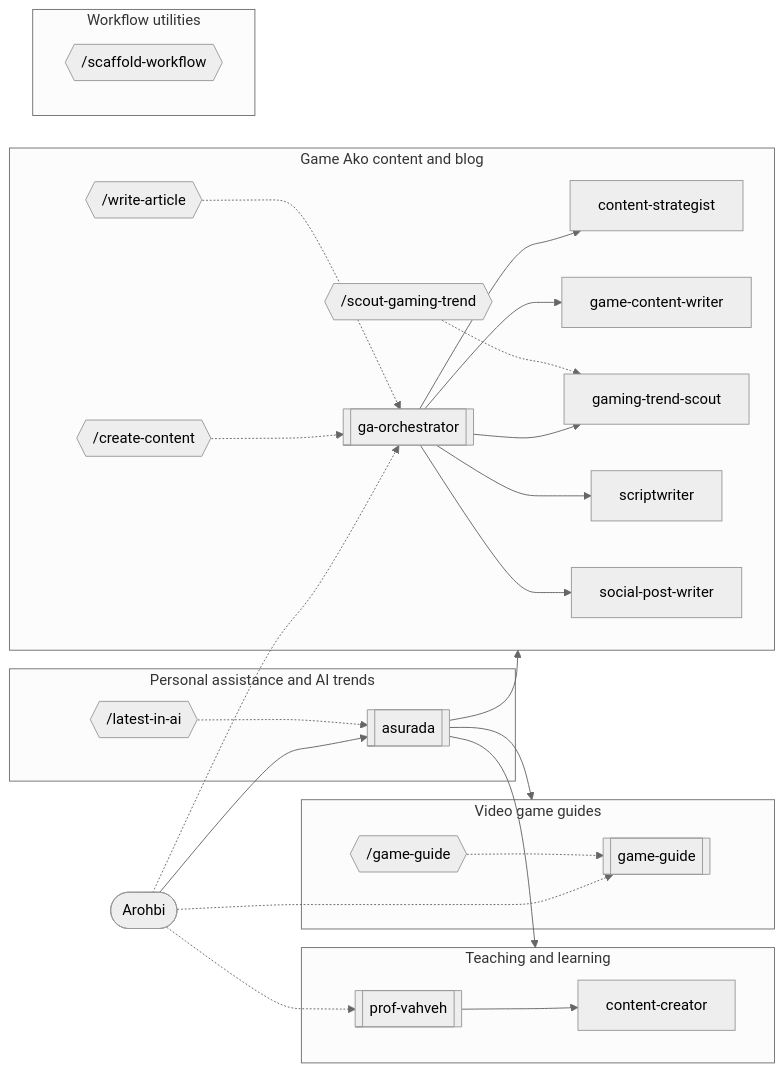
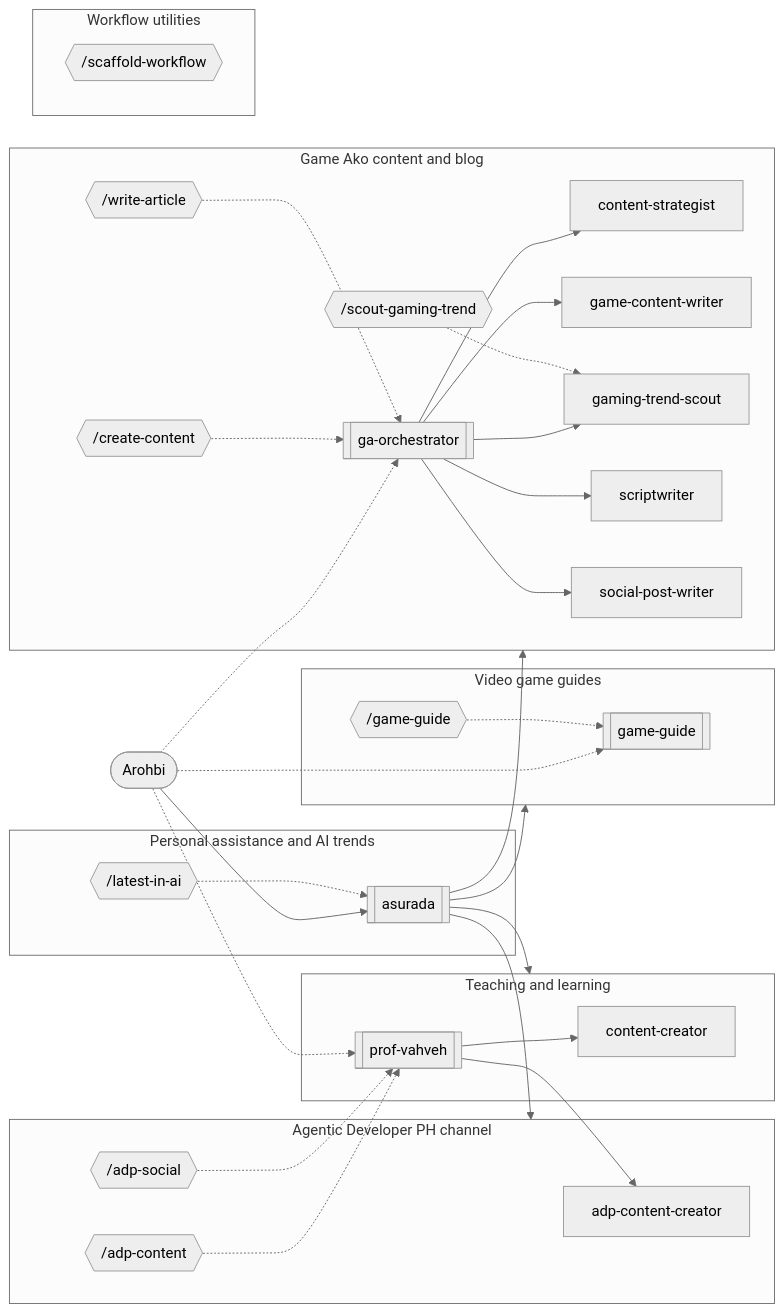
One commit to Game-Ako-Production/Personal-Agentic-Workflow changed the diagram in README.md. Above: the diagram before and after it, drawn with Mermaid (neutral theme). The commit also changed 50 other files, not shown here.

Commit message:
docs: add agentic developer ph content workflow

````diff
--- a/README.md
+++ b/README.md
@@ -20,48 +20,57 @@
 ```mermaid
 flowchart LR
   user([Arohbi])
   subgraph domain_personal["Personal assistance and AI trends"]
     asurada[[asurada]]
     cmd_latest_in_ai{{"/latest-in-ai"}}
   end
   subgraph domain_teaching["Teaching and learning"]
     content_creator[content-creator]
     prof_vahveh[[prof-vahveh]]
+  end
+  subgraph domain_agentic_developer_ph["Agentic Developer PH channel"]
+    adp_content_creator[adp-content-creator]
+    cmd_adp_content{{"/adp-content"}}
+    cmd_adp_social{{"/adp-social"}}
   end
   subgraph domain_game_guide["Video game guides"]
     game_guide[[game-guide]]
     cmd_game_guide{{"/game-guide"}}
   end
   subgraph domain_game_ako["Game Ako content and blog"]
     content_strategist[content-strategist]
     ga_orchestrator[[ga-orchestrator]]
     game_content_writer[game-content-writer]
     gaming_trend_scout[gaming-trend-scout]
     scriptwriter[scriptwriter]
     social_post_writer[social-post-writer]
     cmd_create_content{{"/create-content"}}
     cmd_scout_gaming_trend{{"/scout-gaming-trend"}}
     cmd_write_article{{"/write-article"}}
   end
   subgraph domain_utility["Workflow utilities"]
     cmd_scaffold_workflow{{"/scaffold-workflow"}}
   end
   user --> asurada
   user -.-> ga_orchestrator
   user -.-> game_guide
   user -.-> prof_vahveh
   asurada --> domain_teaching
+  asurada --> domain_agentic_developer_ph
   asurada --> domain_game_guide
   asurada --> domain_game_ako
   ga_orchestrator --> content_strategist
   ga_orchestrator --> scriptwriter
   ga_orchestrator --> social_post_writer
   ga_orchestrator --> game_content_writer
   ga_orchestrator --> gaming_trend_scout
   prof_vahveh --> content_creator
+  prof_vahveh --> adp_content_creator
+  cmd_adp_content -.-> prof_vahveh
+  cmd_adp_social -.-> prof_vahveh
   cmd_create_content -.-> ga_orchestrator
   cmd_game_guide -.-> game_guide
   cmd_latest_in_ai -.-> asurada
   cmd_scout_gaming_trend -.-> gaming_trend_scout
   cmd_write_article -.-> ga_orchestrator
 ```
````
